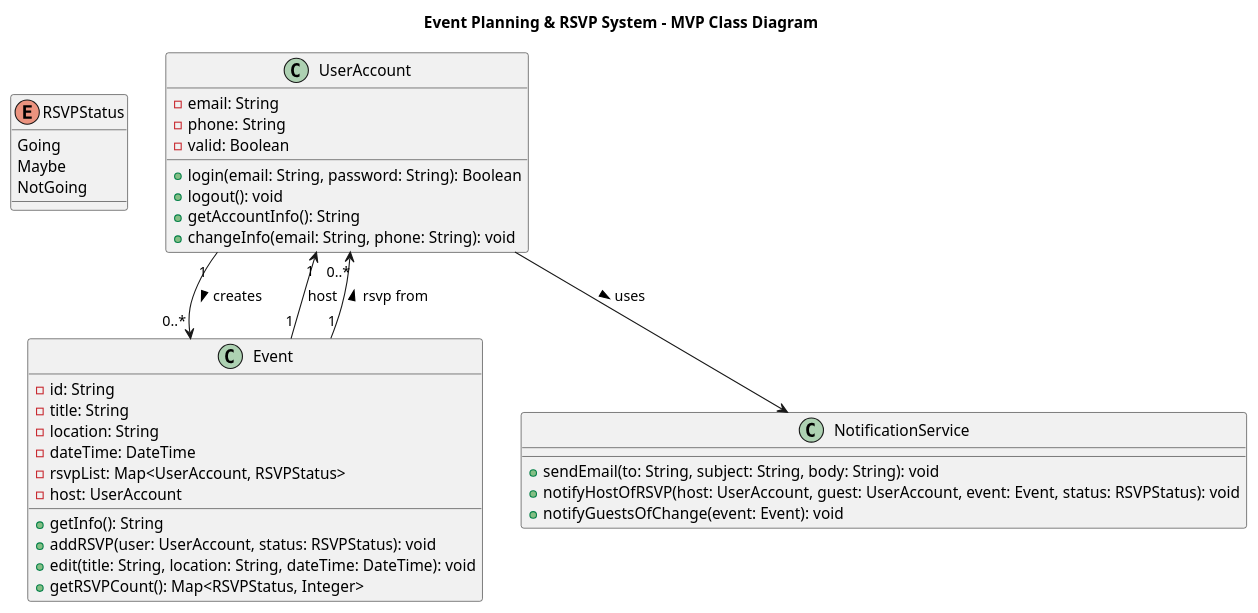
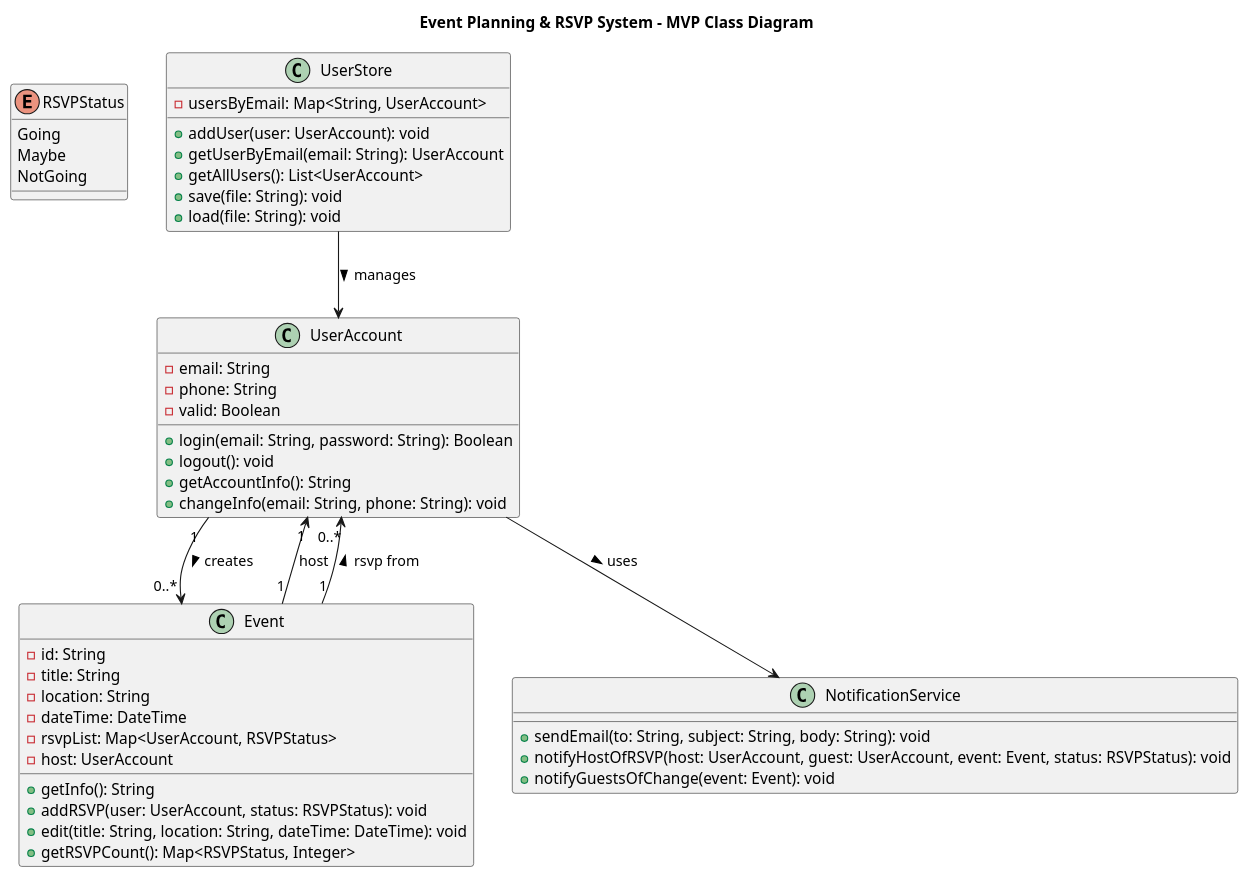
Before and after one commit to Viterbo-CSCI/event_notifier: the diagram in uml.wsd, drawn with PlantUML.

Commit message:
uml update

```diff
--- a/uml.wsd
+++ b/uml.wsd
@@ -1,47 +1,58 @@
 @startuml
 title Event Planning & RSVP System - MVP Class Diagram
 
 enum RSVPStatus {
   Going
   Maybe
   NotGoing
 }
 
 class UserAccount {
   - email: String
   - phone: String
   - valid: Boolean
 
   + login(email: String, password: String): Boolean
   + logout(): void
   + getAccountInfo(): String
   + changeInfo(email: String, phone: String): void
 }
 
 class Event {
   - id: String
   - title: String
   - location: String
   - dateTime: DateTime
   - rsvpList: Map<UserAccount, RSVPStatus>
   - host: UserAccount
 
   + getInfo(): String
   + addRSVP(user: UserAccount, status: RSVPStatus): void
   + edit(title: String, location: String, dateTime: DateTime): void
   + getRSVPCount(): Map<RSVPStatus, Integer>
 }
 
 class NotificationService {
   + sendEmail(to: String, subject: String, body: String): void
   + notifyHostOfRSVP(host: UserAccount, guest: UserAccount, event: Event, status: RSVPStatus): void
   + notifyGuestsOfChange(event: Event): void
 }
 
+class UserStore {
+  - usersByEmail: Map<String, UserAccount>
+
+  + addUser(user: UserAccount): void
+  + getUserByEmail(email: String): UserAccount
+  + getAllUsers(): List<UserAccount>
+  + save(file: String): void
+  + load(file: String): void
+}
+
 ' Relationships
 UserAccount "1" --> "0..*" Event : creates >
 Event "1" --> "1" UserAccount : host
 Event "1" --> "0..*" UserAccount : rsvp from >
 UserAccount --> NotificationService : uses >
+UserStore --> UserAccount : manages >
 
 @enduml
```
